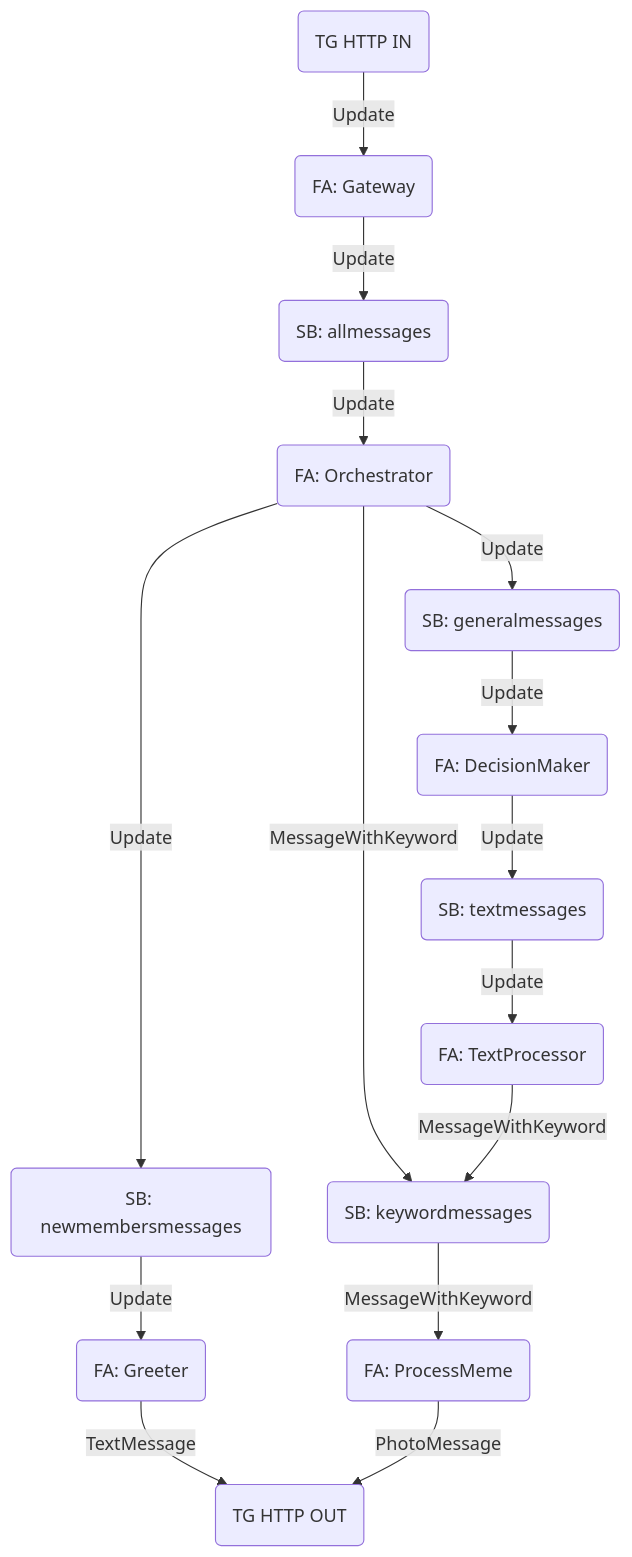
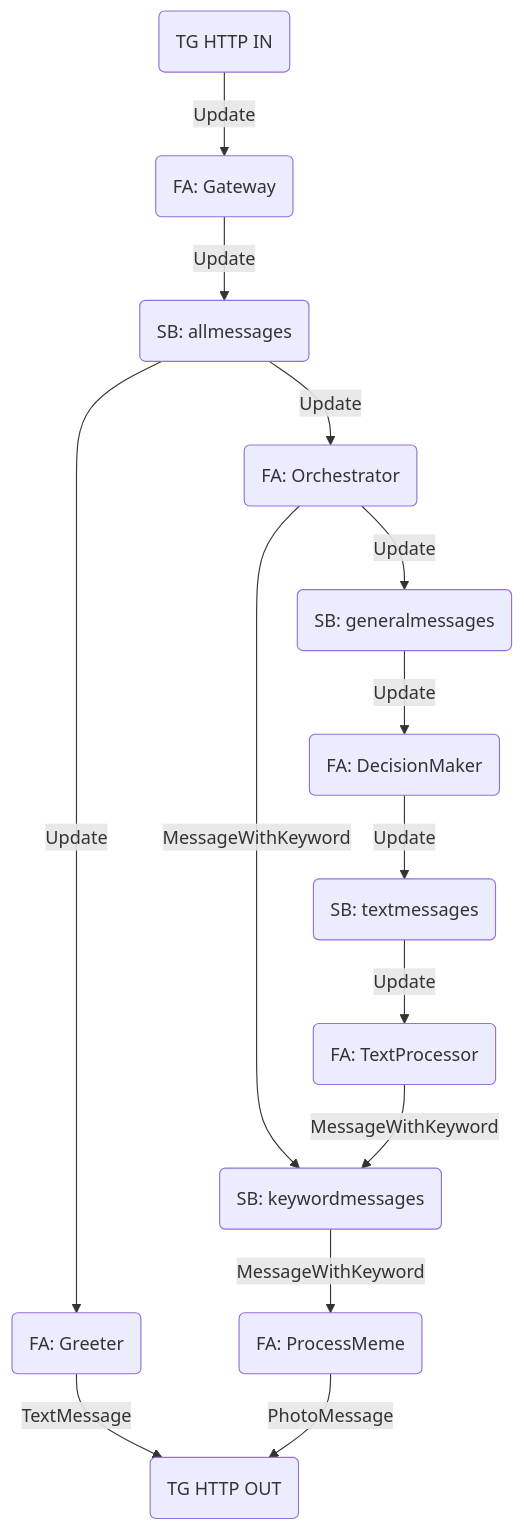
One commit to ArtemKiyashko/memesfinder-infrastructure changed the diagram in README.md. Above: the diagram before and after it, drawn with Mermaid. The commit also changed 1 other file, not shown here.

Commit message:
greeter change topic

````diff
--- a/README.md
+++ b/README.md
@@ -52,32 +52,30 @@
 ```mermaid
 flowchart TD;
 
 A(TG HTTP IN);
 B(FA: Gateway);
 C(SB: allmessages);
 G(FA: DecisionMaker);
 H(SB: textmessages);
 D(FA: TextProcessor);
 E(SB: keywordmessages);
 F(FA: ProcessMeme);
 I(FA: Orchestrator);
 J(FA: Greeter);
-K(SB: newmembersmessages);
-L(SB: generalmessages)
+L(SB: generalmessages);
 Z(TG HTTP OUT);
 
 A -- Update --> B
 B -- Update --> C
 C -- Update --> I
 I -- MessageWithKeyword --> E
-I -- Update --> K
-K -- Update --> J
 J -- TextMessage --> Z 
 I -- Update --> L
 L -- Update --> G
 G -- Update --> H
 H -- Update --> D
 D -- MessageWithKeyword --> E
 E -- MessageWithKeyword --> F
 F -- PhotoMessage --> Z
+C -- Update --> J
 ```
````
